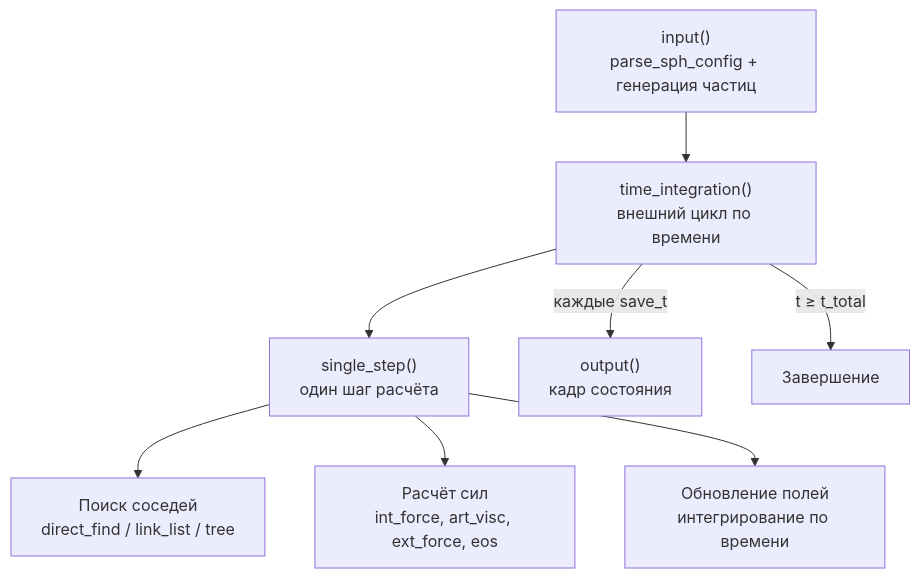
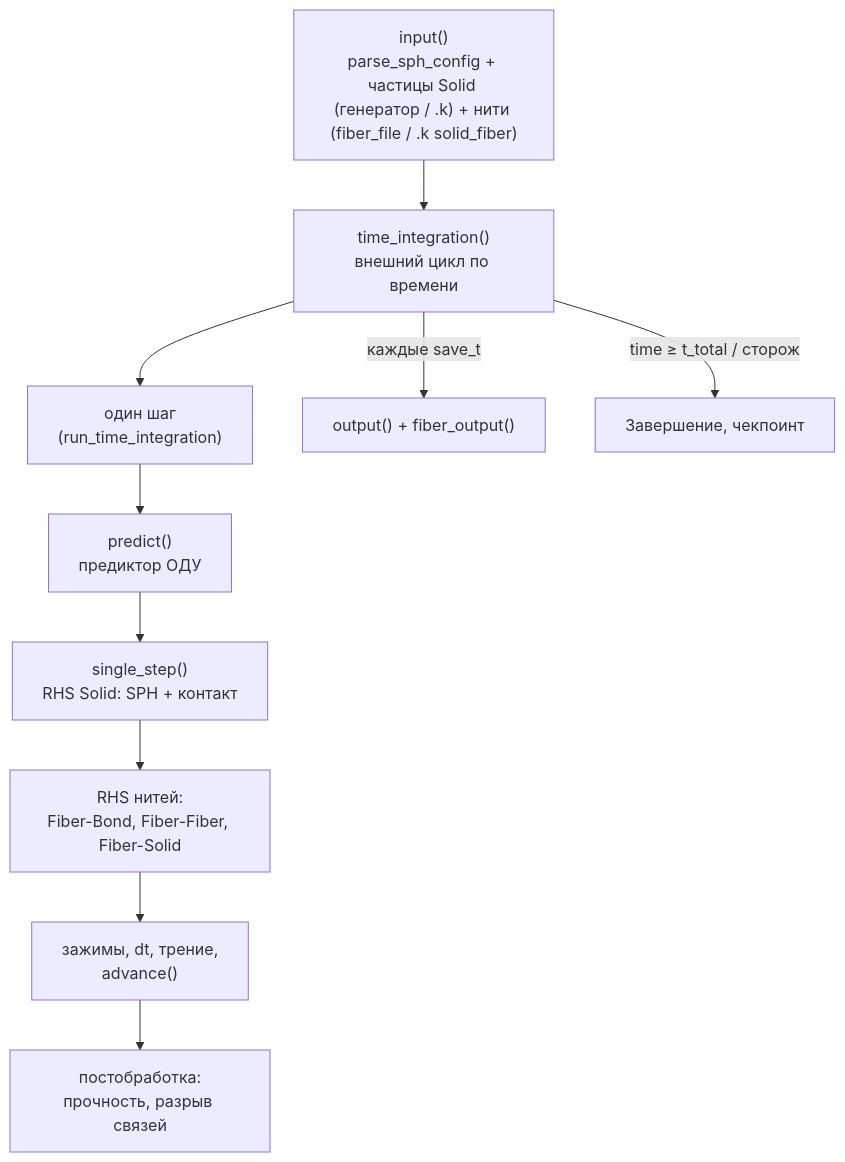
Before and after one commit to smarry-code/SPH: the first of 3 diagrams in docs/04-explanation/architecture/pipeline-overview.md, drawn with Mermaid. The commit also changed other lines of this file and 41 other files, not shown here.

````diff
--- a/docs/04-explanation/architecture/pipeline-overview.md
+++ b/docs/04-explanation/architecture/pipeline-overview.md
@@ -16,10 +14,12 @@
 ```mermaid
 flowchart TD
-    A["input()<br/>parse_sph_config + генерация частиц"] --> B["time_integration()<br/>внешний цикл по времени"]
-    B --> C["single_step()<br/>один шаг расчёта"]
-    C --> D["Поиск соседей<br/>direct_find / link_list / tree"]
-    C --> E["Расчёт сил<br/>int_force, art_visc, ext_force, eos"]
-    C --> F["Обновление полей<br/>интегрирование по времени"]
-    B -->|"каждые save_t"| G["output()<br/>кадр состояния"]
-    B -->|"t ≥ t_total"| H["Завершение"]
+    A["input()<br/>parse_sph_config + частицы Solid (генератор / .k) + нити (fiber_file / .k solid_fiber)"] --> B["time_integration()<br/>внешний цикл по времени"]
+    B --> C["один шаг<br/>(run_time_integration)"]
+    C --> D["predict()<br/>предиктор ОДУ"]
+    D --> E["single_step()<br/>RHS Solid: SPH + контакт"]
+    E --> F["RHS нитей:<br/>Fiber-Bond, Fiber-Fiber, Fiber-Solid"]
+    F --> G["зажимы, dt, трение,<br/>advance()"]
+    G --> H["постобработка:<br/>прочность, разрыв связей"]
+    B -->|"каждые save_t"| O["output() + fiber_output()"]
+    B -->|"time ≥ t_total / сторож"| Z["Завершение, чекпоинт"]
 ```
````
